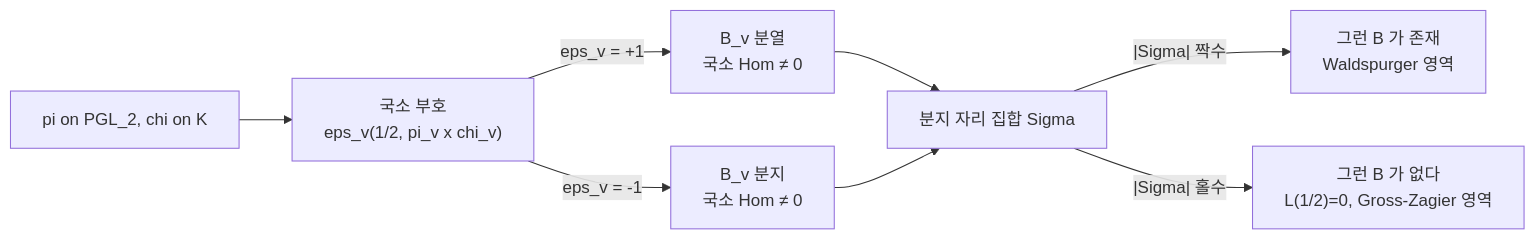
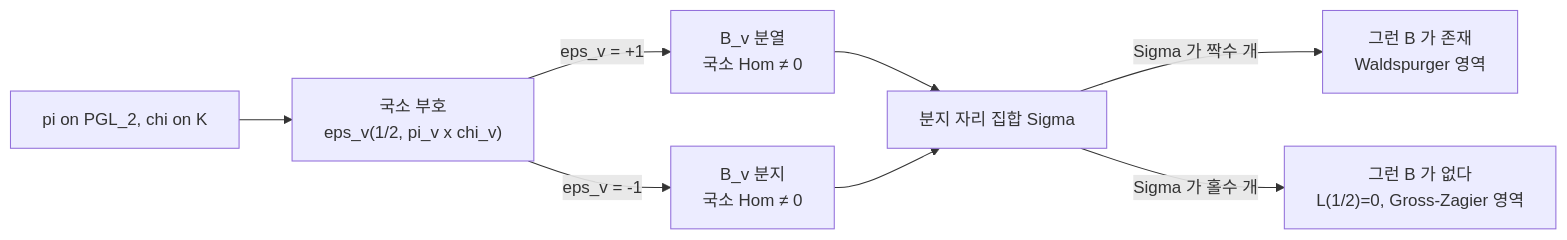
The diagram in docs/waldspurger-formula.md (Phryxia/math-map), drawn with Mermaid before and after one commit. The commit also changed 2 other files, not shown here.

Commit message:
write the mermaid edge labels in conditional-expectation, p-adic-numbers and waldspurger-formula without pipes; mermaid reads a pipe inside a label as the label end
Claude-Session: https://claude.ai/code/session_01UhADMt4KPiVUWGAQcHXZqf

````diff
--- a/docs/waldspurger-formula.md
+++ b/docs/waldspurger-formula.md
@@ -36,10 +36,10 @@
 ```mermaid
 graph LR
   P["pi on PGL_2, chi on K"] --> E["국소 부호<br/>eps_v(1/2, pi_v x chi_v)"]
   E -->|"eps_v = +1"| S["B_v 분열<br/>국소 Hom ≠ 0"]
   E -->|"eps_v = -1"| R["B_v 분지<br/>국소 Hom ≠ 0"]
   S --> B["분지 자리 집합 Sigma"]
   R --> B
-  B -->|"|Sigma| 짝수"| Y["그런 B 가 존재<br/>Waldspurger 영역"]
-  B -->|"|Sigma| 홀수"| N["그런 B 가 없다<br/>L(1/2)=0, Gross-Zagier 영역"]
+  B -->|"Sigma 가 짝수 개"| Y["그런 B 가 존재<br/>Waldspurger 영역"]
+  B -->|"Sigma 가 홀수 개"| N["그런 B 가 없다<br/>L(1/2)=0, Gross-Zagier 영역"]
 ```
````
